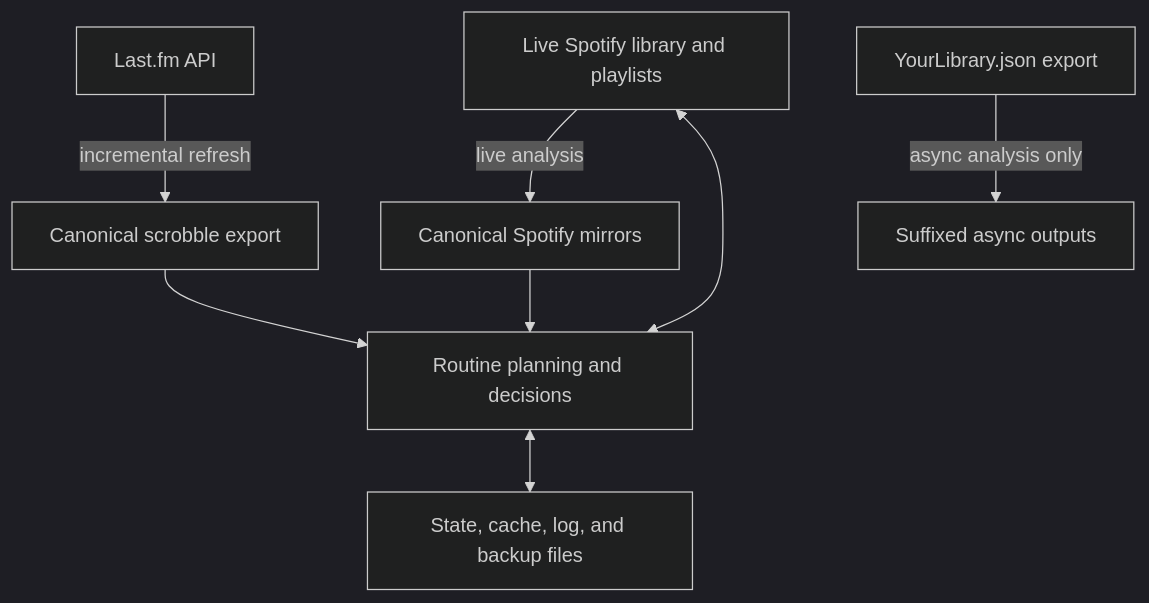
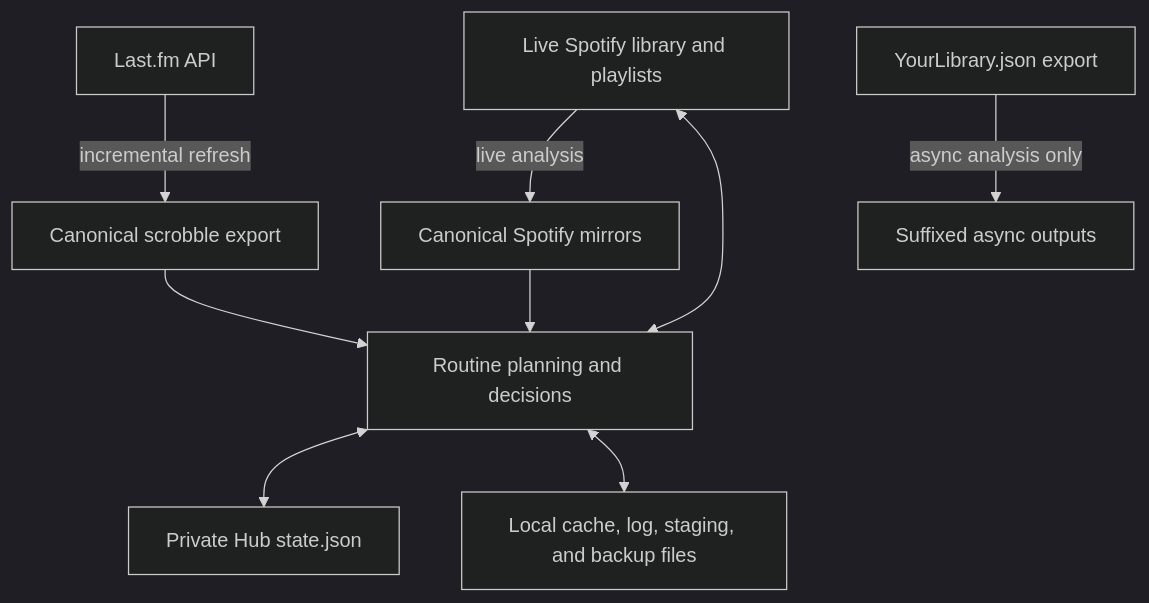
Before and after one commit to cyborg-nomade/spotify-manager: the third of 3 diagrams in docs/ARCHITECTURE.md, drawn with Mermaid (dark theme). The commit also changed other lines of this file and 50 other files, not shown here.

````diff
--- a/docs/ARCHITECTURE.md
+++ b/docs/ARCHITECTURE.md
@@ -240,18 +248,20 @@
 ```mermaid
 flowchart TD
     SpotifyLive["Live Spotify library and playlists"]
     SpotifyExport["YourLibrary.json export"]
     LastFMApi["Last.fm API"]
     LastFMExport["Canonical scrobble export"]
     Mirrors["Canonical Spotify mirrors"]
     Routines["Routine planning and decisions"]
-    Runtime["State, cache, log, and backup files"]
+    SharedState["Private Hub state.json"]
+    Runtime["Local cache, log, staging, and backup files"]
 
     SpotifyLive -->|live analysis| Mirrors
     SpotifyExport -->|async analysis only| Offline["Suffixed async outputs"]
     LastFMApi -->|incremental refresh| LastFMExport
     Mirrors --> Routines
     LastFMExport --> Routines
     SpotifyLive <--> Routines
+    Routines <--> SharedState
     Routines <--> Runtime
 ```
````
